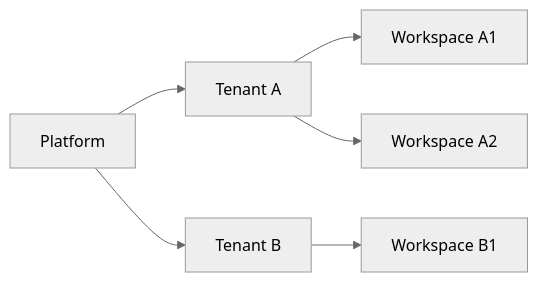
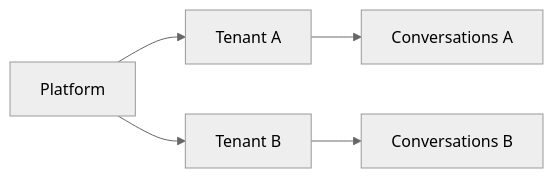
One commit to Wh1isper/ya-mono changed the first of 2 diagrams in packages/ya-agent-platform/spec/002-multi-tenancy-and-identity.md. Above: the diagram before and after it, drawn with Mermaid (neutral theme). The commit also changed other lines of this file and 24 other files, not shown here.

````diff
--- a/packages/ya-agent-platform/spec/002-multi-tenancy-and-identity.md
+++ b/packages/ya-agent-platform/spec/002-multi-tenancy-and-identity.md
@@ -9,8 +12,7 @@
 ```mermaid
 flowchart LR
     PLATFORM[Platform] --> TENANT_A[Tenant A]
     PLATFORM --> TENANT_B[Tenant B]
-    TENANT_A --> WA[Workspace A1]
-    TENANT_A --> WB[Workspace A2]
-    TENANT_B --> WC[Workspace B1]
+    TENANT_A --> CONV_A[Conversations A]
+    TENANT_B --> CONV_B[Conversations B]
 ```
````
